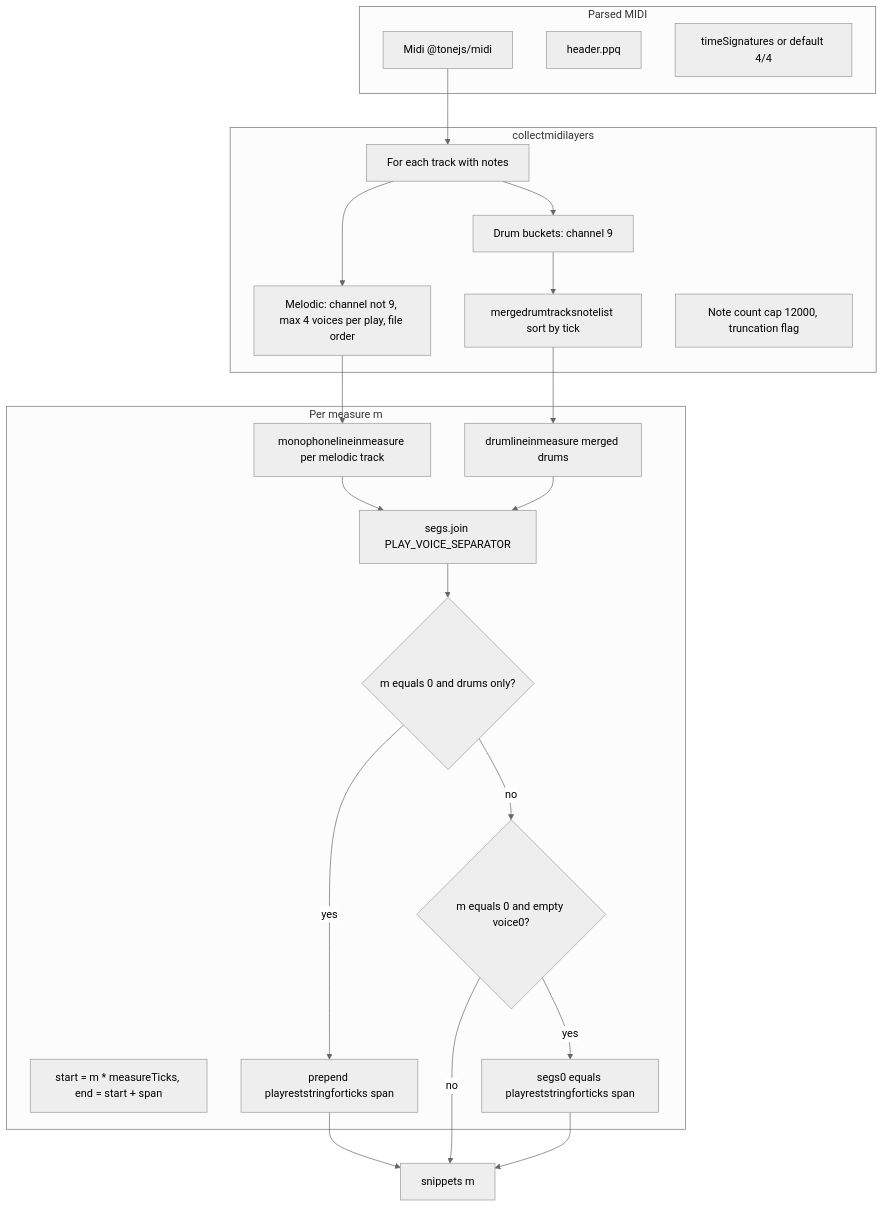
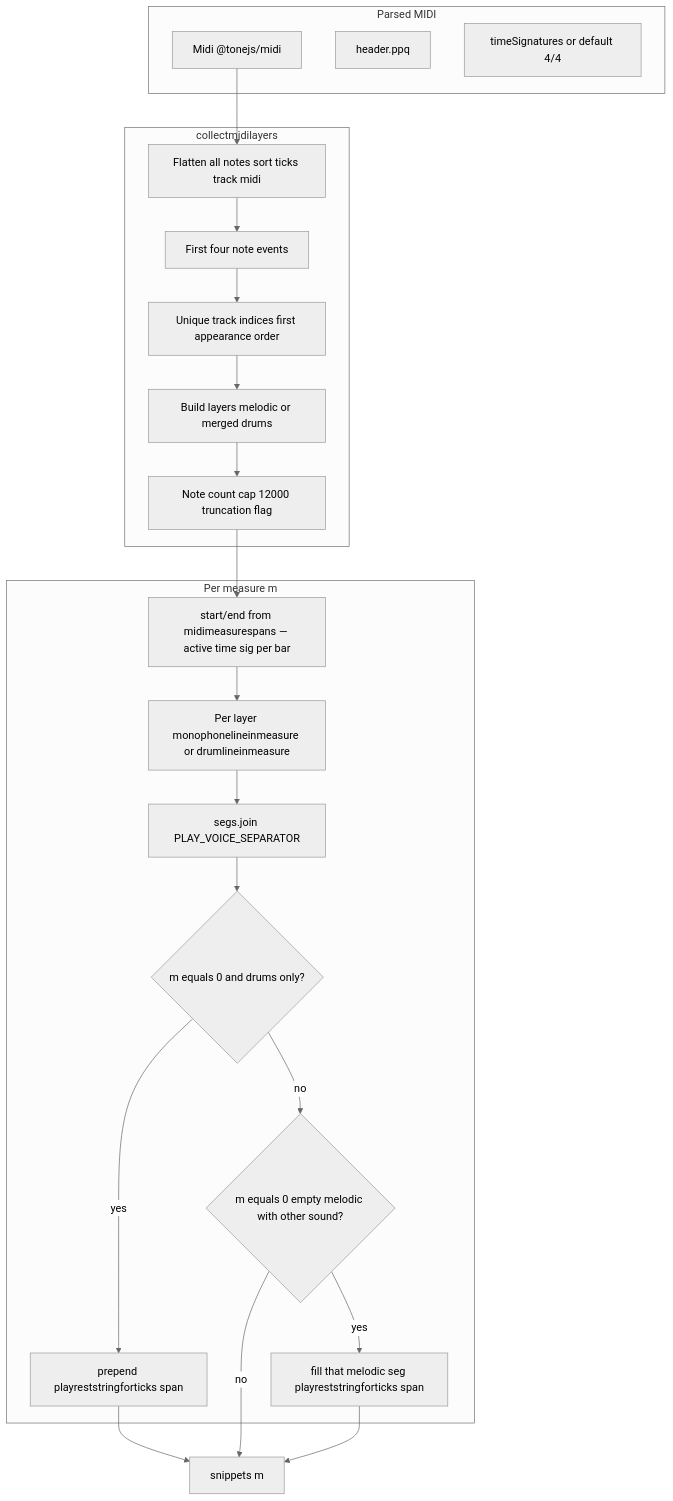
The second of 3 diagrams in zss/feature/parse/docs/midi-import.md (goldbuick/zed-software-system), drawn with Mermaid (neutral theme) before and after one commit. The commit also changed other lines of this file and 3 other files, not shown here.

````diff
--- a/zss/feature/parse/docs/midi-import.md
+++ b/zss/feature/parse/docs/midi-import.md
@@ -43,40 +43,39 @@
 ```mermaid
 flowchart TB
   subgraph input [Parsed MIDI]
     MidiObj["Midi @tonejs/midi"]
     TS[header.ppq]
     SIG[timeSignatures or default 4/4]
   end
   subgraph collect [collectmidilayers]
-    Loop[For each track with notes]
-    Melodic[Melodic: channel not 9, max 4 voices per play, file order]
-    DrumB[Drum buckets: channel 9]
-    Merge[mergedrumtracksnotelist sort by tick]
-    Cap[Note count cap 12000, truncation flag]
+    Flat[Flatten all notes sort ticks track midi]
+    Four[First four note events]
+    U[Unique track indices first appearance order]
+    Build[Build layers melodic or merged drums]
+    Cap[Note count cap 12000 truncation flag]
   end
   subgraph perbar [Per measure m]
-    Span["start = m * measureTicks, end = start + span"]
-    M0[monophonelineinmeasure per melodic track]
-    D0[drumlineinmeasure merged drums]
+    Span["start/end from midimeasurespans — active time sig per bar"]
+    L0[Per layer monophonelineinmeasure or drumlineinmeasure]
     Join["segs.join PLAY_VOICE_SEPARATOR"]
     Pad{m equals 0 and drums only?}
     Unshift["prepend playreststringforticks span"]
-    Pad2{m equals 0 and empty voice0?}
-    Fill0["segs0 equals playreststringforticks span"]
+    Pad2{m equals 0 empty melodic with other sound?}
+    Fill0["fill that melodic seg playreststringforticks span"]
   end
-  MidiObj --> Loop
-  Loop --> Melodic
-  Loop --> DrumB
-  DrumB --> Merge
-  Melodic --> M0
-  Merge --> D0
-  M0 --> Join
-  D0 --> Join
+  MidiObj --> Flat
+  Flat --> Four
+  Four --> U
+  U --> Build
+  Build --> Cap
+  Cap --> Span
+  Span --> L0
+  L0 --> Join
   Join --> Pad
   Pad -->|yes| Unshift
   Pad -->|no| Pad2
   Unshift --> Out[snippets m]
   Pad2 -->|yes| Fill0
   Pad2 -->|no| Out
   Fill0 --> Out
 ```
````
